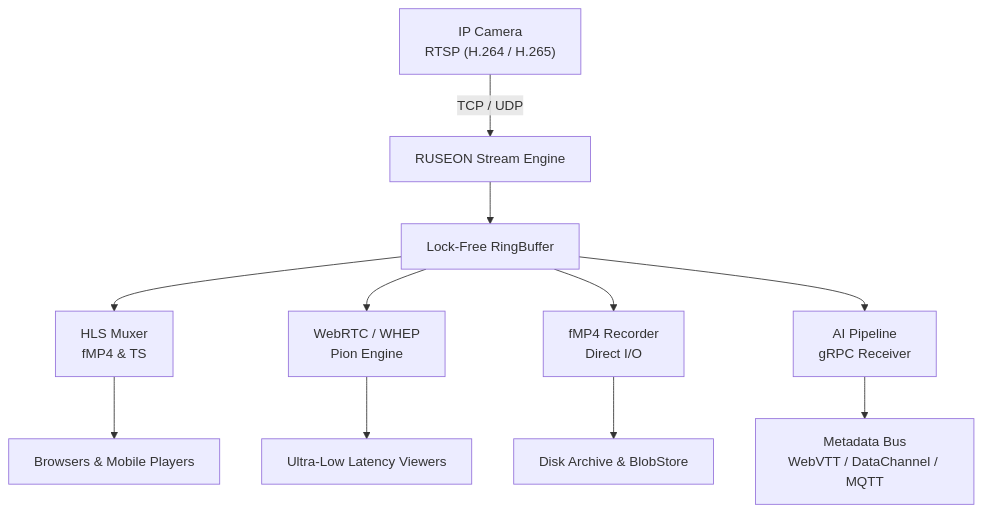
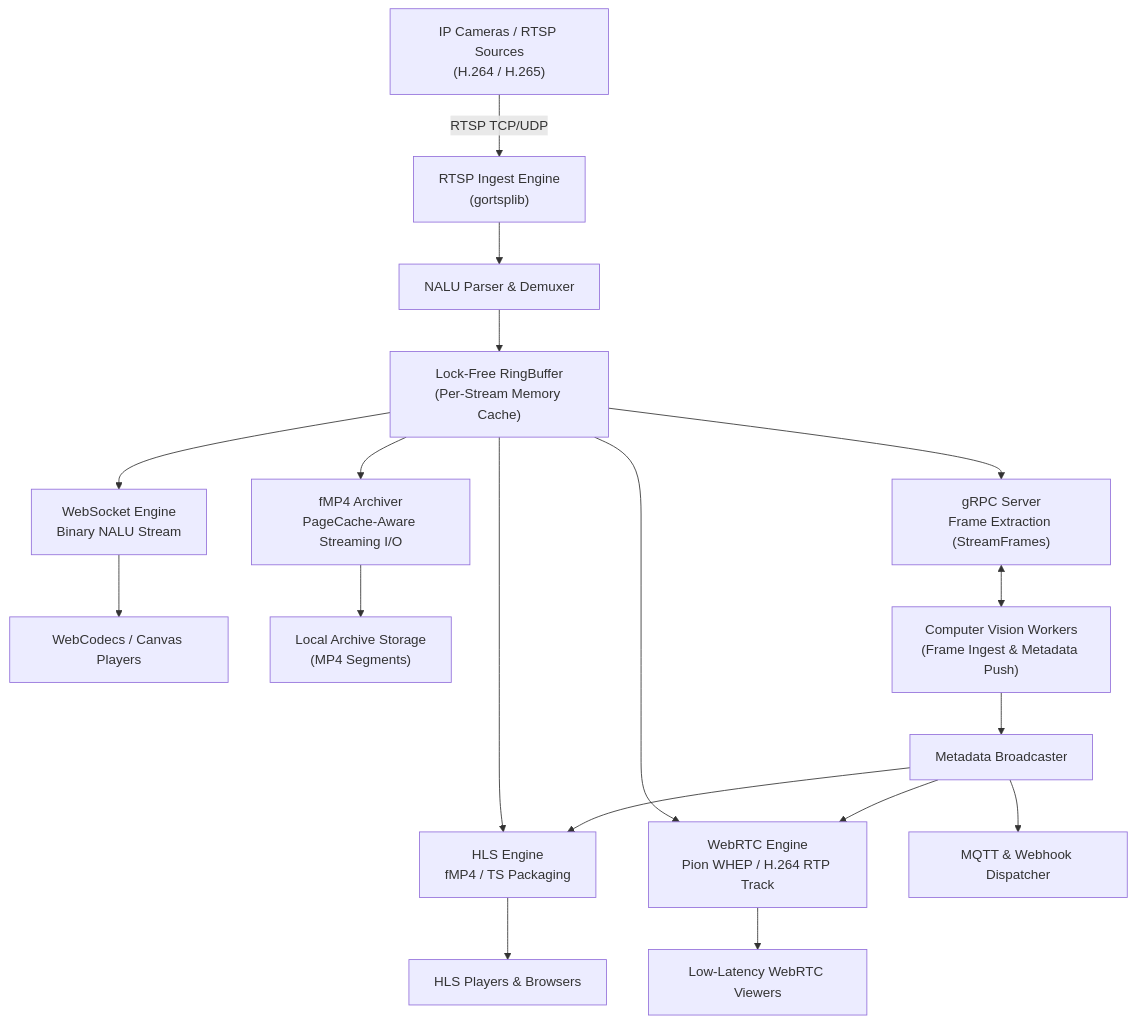
Before and after one commit to RUSEGAL/ruseon-core: the diagram in README.md, drawn with Mermaid. The commit also changed other lines of this file and 1 other file, not shown here.

````diff
--- a/README.md
+++ b/README.md
@@ -53,16 +66,24 @@
 ```mermaid
 flowchart TD
-    CAMERA["IP Camera<br/>RTSP (H.264 / H.265)"] -->|TCP / UDP| CORE["RUSEON Stream Engine"]
+    CAM["IP Cameras / RTSP Sources<br/>(H.264 / H.265)"] -->|RTSP TCP/UDP| INGEST["RTSP Ingest Engine<br/>(gortsplib)"]
+    
+    INGEST --> NALU["NALU Parser & Demuxer"]
+    NALU --> RING["Lock-Free RingBuffer<br/>(Per-Stream Memory Cache)"]
 
-    CORE --> RING["Lock-Free RingBuffer"]
+    RING --> HLS["HLS Engine<br/>fMP4 / TS Packaging"]
+    RING --> WEBRTC["WebRTC Engine<br/>Pion WHEP / H.264 RTP Track"]
+    RING --> WS["WebSocket Engine<br/>Binary NALU Stream"]
+    RING --> RECORDER["fMP4 Archiver<br/>PageCache-Aware Streaming I/O"]
+    RING --> GRPC["gRPC Server<br/>Frame Extraction (StreamFrames)"]
 
-    RING --> HLS["HLS Muxer<br/>fMP4 & TS"]
-    RING --> WEBRTC["WebRTC / WHEP<br/>Pion Engine"]
-    RING --> RECORDER["fMP4 Recorder<br/>Direct I/O"]
-    RING --> AI["AI Pipeline<br/>gRPC Receiver"]
+    HLS --> CLIENT_HLS["HLS Players & Browsers"]
+    WEBRTC --> CLIENT_RTC["Low-Latency WebRTC Viewers"]
+    WS --> CLIENT_WS["WebCodecs / Canvas Players"]
+    RECORDER --> DISK["Local Archive Storage<br/>(MP4 Segments)"]
+    GRPC <--> AI_WORKER["Computer Vision Workers<br/>(Frame Ingest & Metadata Push)"]
 
-    HLS --> BROWSER["Browsers & Mobile Players"]
-    WEBRTC --> CLIENTS["Ultra-Low Latency Viewers"]
-    RECORDER --> ARCHIVE["Disk Archive & BlobStore"]
-    AI --> META["Metadata Bus<br/>WebVTT / DataChannel / MQTT"]
+    AI_WORKER --> BUS["Metadata Broadcaster"]
+    BUS --> WEBRTC
+    BUS --> HLS
+    BUS --> MQTT_WH["MQTT & Webhook Dispatcher"]
 ```
````
